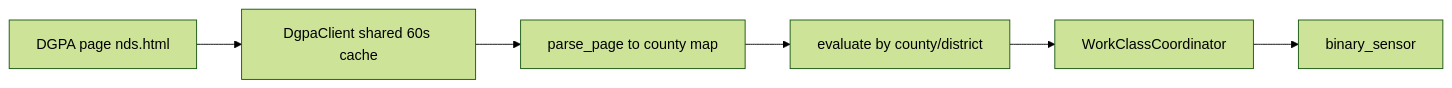
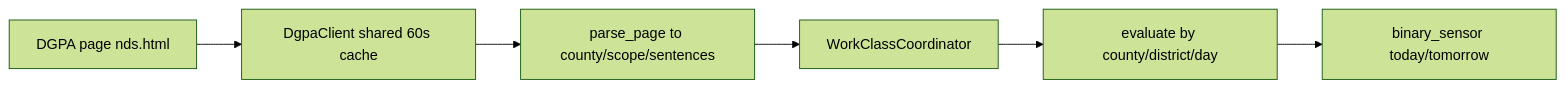
Before and after one commit to ch155260/ha-tw-suspension: the second of 2 diagrams in README.md, drawn with Mermaid (forest theme). The commit also changed other lines of this file and 9 other files, not shown here.

First line of the commit message:
[Feature] Support today and tomorrow binary sensors and improve parsing logic

````diff
--- a/README.md
+++ b/README.md
@@ -121,8 +141,8 @@
 ```mermaid
 flowchart LR
     DGPA["DGPA page nds.html"] --> Client["DgpaClient shared 60s cache"]
-    Client --> Parser["parse_page to county map"]
-    Parser --> Eval["evaluate by county/district"]
-    Eval --> Coord["WorkClassCoordinator"]
-    Coord --> Sensor["binary_sensor"]
+    Client --> Parser["parse_page to county/scope/sentences"]
+    Parser --> Coord["WorkClassCoordinator"]
+    Coord --> Eval["evaluate by county/district/day"]
+    Eval --> Sensor["binary_sensor today/tomorrow"]
 ```
````
